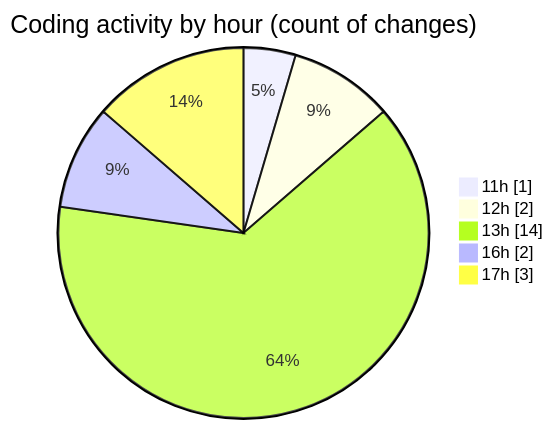
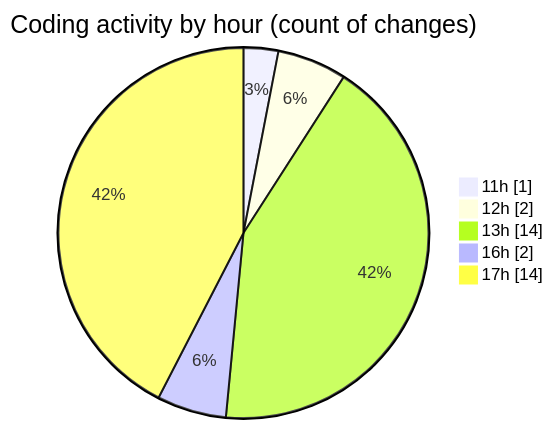
One commit to nxtqubesakshisongat/code-tracking changed the second of 2 diagrams in 2025-05-23/nxtqube_webapp/README.md. Above: the diagram before and after it, drawn with Mermaid. The commit also changed other lines of this file and 1 other file, not shown here.

````diff
--- a/2025-05-23/nxtqube_webapp/README.md
+++ b/2025-05-23/nxtqube_webapp/README.md
@@ -29,9 +29,9 @@
 ```mermaid
 pie showData
 title Coding activity by hour (count of changes)
 "11h" : 1
 "12h" : 2
 "13h" : 14
 "16h" : 2
-"17h" : 3
+"17h" : 14
 ```
````
